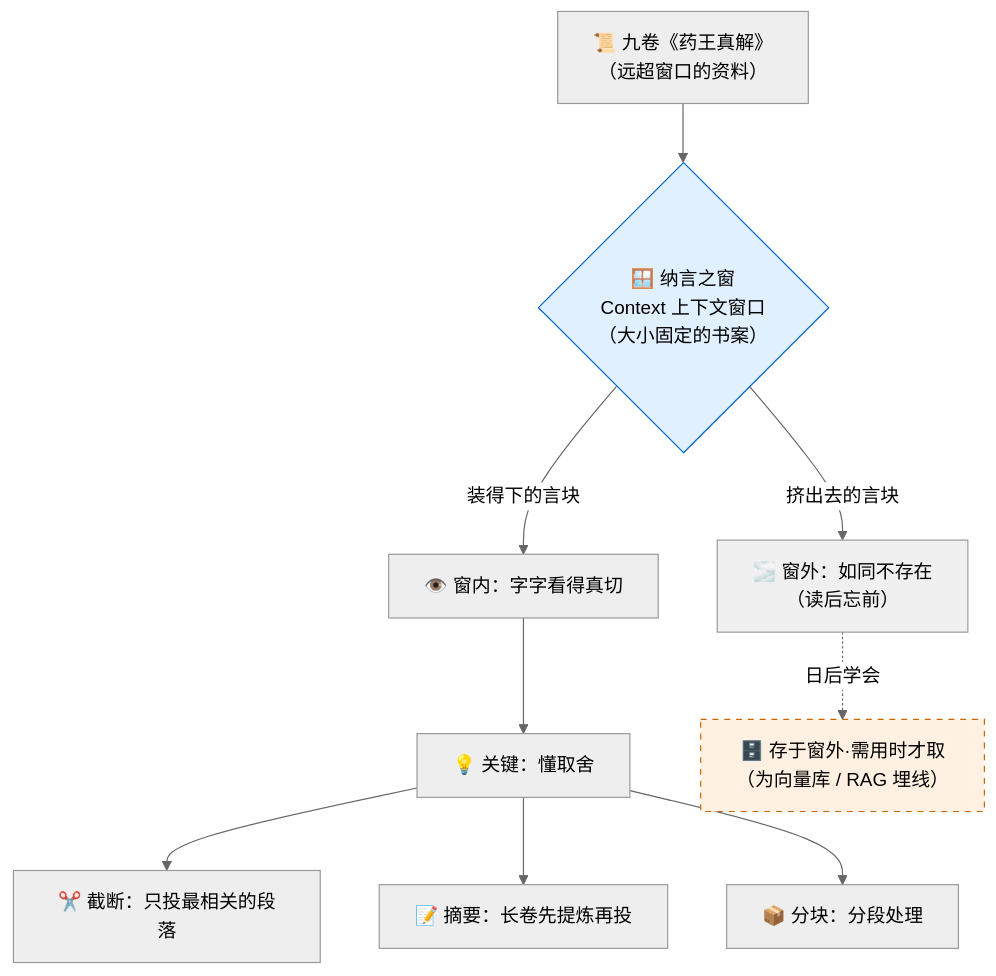
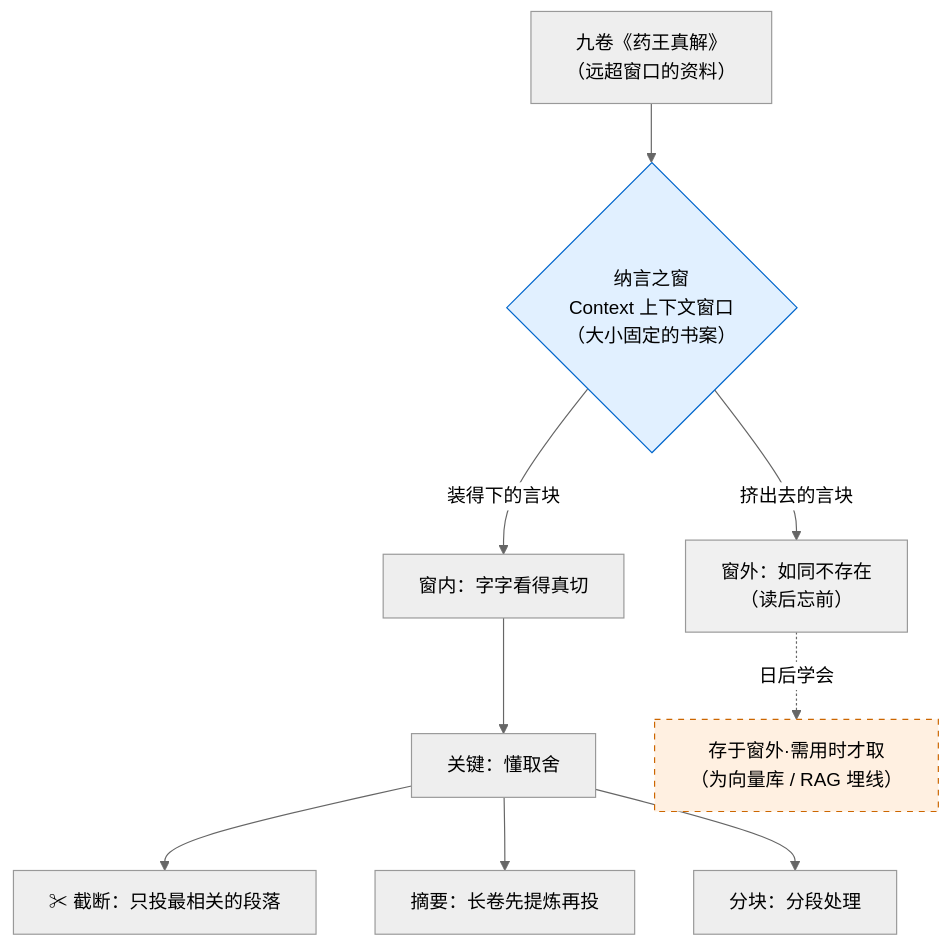
The diagram in docs/09_STORY_修仙学AI/STORY-筑基/[STORY-章节-118] 第04章 筑基·纳言之窗.md (luckykhy/KhyAiHub), drawn with Mermaid (neutral theme) before and after one commit. The commit also changed other lines of this file and 19 other files, not shown here.

````diff
--- a/docs/09_STORY_修仙学AI/STORY-筑基/[STORY-章节-118] 第04章 筑基·纳言之窗.md
+++ b/docs/09_STORY_修仙学AI/STORY-筑基/[STORY-章节-118] 第04章 筑基·纳言之窗.md
@@ -120,14 +120,14 @@
 ```mermaid
 flowchart TD
-    A["📜 九卷《药王真解》<br/>（远超窗口的资料）"] --> B{"🪟 纳言之窗<br/>Context 上下文窗口<br/>（大小固定的书案）"}
-    B -->|"装得下的言块"| C["👁️ 窗内：字字看得真切"]
-    B -->|"挤出去的言块"| D["🌫️ 窗外：如同不存在<br/>（读后忘前）"]
-    C --> E["💡 关键：懂取舍"]
-    E --> F1["✂️ 截断：只投最相关的段落"]
-    E --> F2["📝 摘要：长卷先提炼再投"]
-    E --> F3["📦 分块：分段处理"]
-    D -.->|"日后学会"| G["🗄️ 存于窗外·需用时才取<br/>（为向量库 / RAG 埋线）"]
+    A["九卷《药王真解》<br/>（远超窗口的资料）"] --> B{"纳言之窗<br/>Context 上下文窗口<br/>（大小固定的书案）"}
+    B -->|"装得下的言块"| C["窗内：字字看得真切"]
+    B -->|"挤出去的言块"| D["窗外：如同不存在<br/>（读后忘前）"]
+    C --> E["关键：懂取舍"]
+    E --> F1["✂ 截断：只投最相关的段落"]
+    E --> F2["摘要：长卷先提炼再投"]
+    E --> F3["分块：分段处理"]
+    D -.->|"日后学会"| G["存于窗外·需用时才取<br/>（为向量库 / RAG 埋线）"]
     style B fill:#e1f0ff,stroke:#0066cc
     style D fill:#f0f0f0,stroke:#999
     style G fill:#fff0e1,stroke:#cc6600,stroke-dasharray: 5 5
 ```
````
